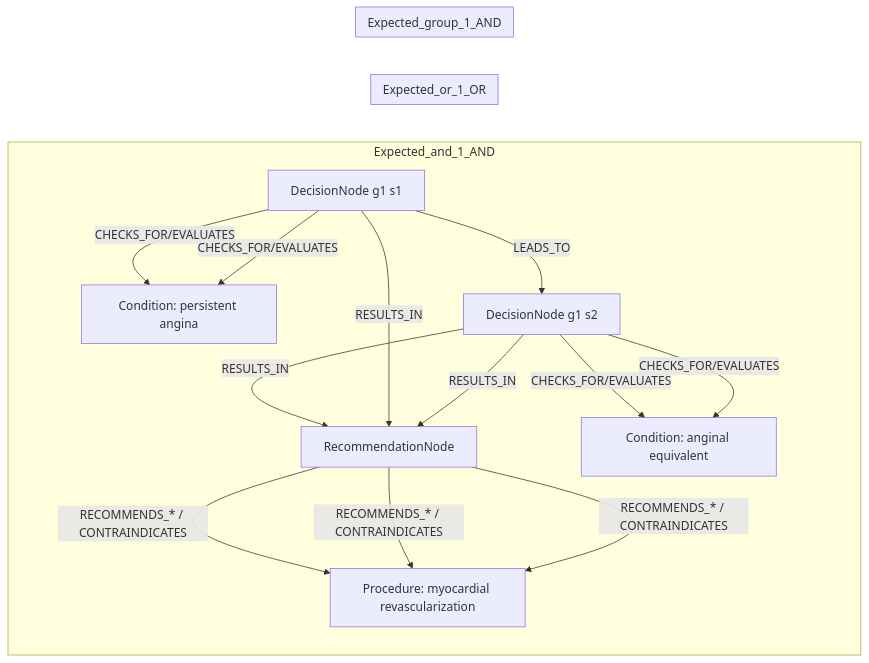
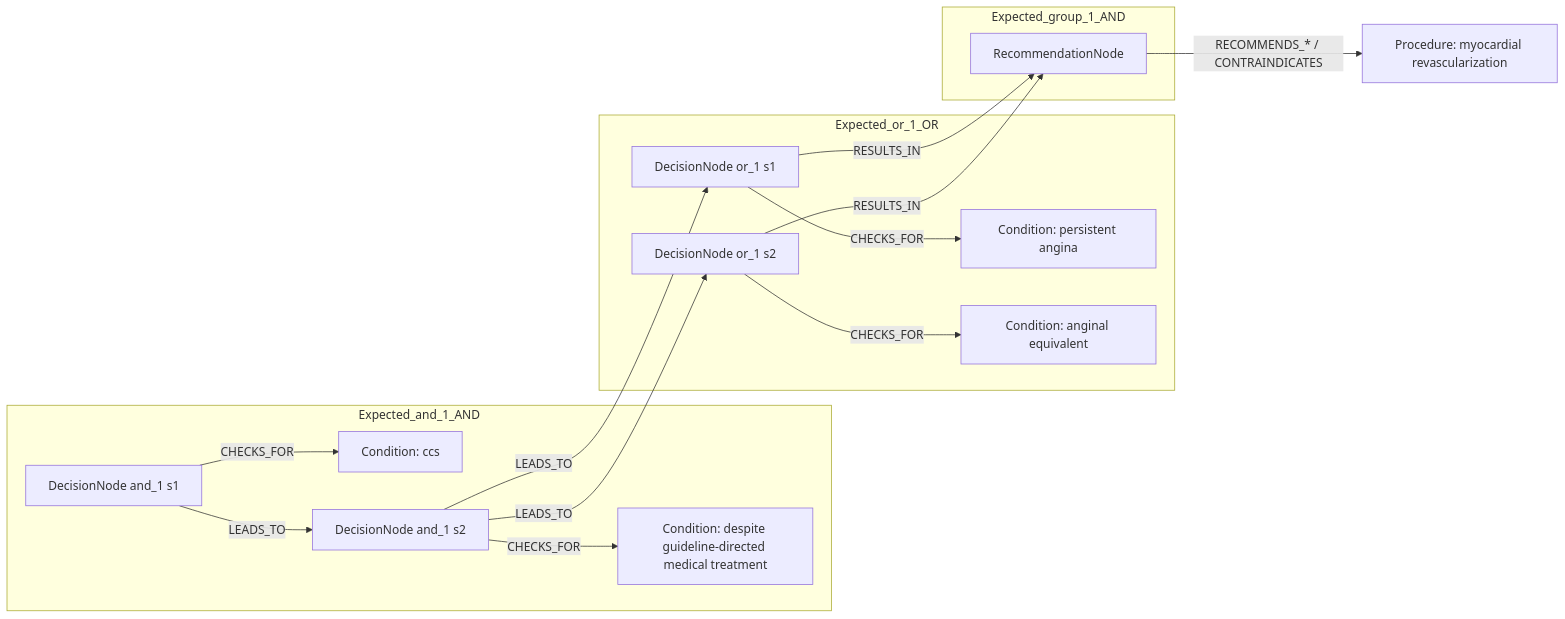
One commit to dieterich-lab/CardioGuidelinesGraph changed the first of 2 diagrams in docs/table22_rows/row_12.md. Above: the diagram before and after it, drawn with Mermaid. The commit also changed other lines of this file and 18 other files, not shown here.

Commit message:
Update mermaid diagrams.

````diff
--- a/docs/table22_rows/row_12.md
+++ b/docs/table22_rows/row_12.md
@@ -164,35 +164,30 @@
 ```mermaid
 graph LR
+  REC[RecommendationNode]
+  ACT1[Procedure: myocardial revascularization]
+  REC -->|RECOMMENDS_* / CONTRAINDICATES| ACT1
   subgraph Expected_and_1_AND
-    REC[RecommendationNode]
-    D1[DecisionNode g1 s1]
-    C1[Condition: ccs]
-    D1 -->|CHECKS_FOR/EVALUATES| C1
-    D2[DecisionNode g1 s2]
-    C2[Condition: despite guideline-directed medical treatment]
-    D2 -->|CHECKS_FOR/EVALUATES| C2
-    D1 -->|LEADS_TO| D2
-    D2 -->|RESULTS_IN| REC
-    ACT1[Procedure: myocardial revascularization]
-    REC -->|RECOMMENDS_* / CONTRAINDICATES| ACT1
+    D_and_1_1[DecisionNode and_1 s1]
+    C_and_1_1[Condition: ccs]
+    D_and_1_1 -->|CHECKS_FOR| C_and_1_1
+    D_and_1_2[DecisionNode and_1 s2]
+    C_and_1_2[Condition: despite guideline-directed medical treatment]
+    D_and_1_2 -->|CHECKS_FOR| C_and_1_2
+    D_and_1_1 -->|LEADS_TO| D_and_1_2
   end
   subgraph Expected_or_1_OR
-    REC[RecommendationNode]
-    D1[DecisionNode g1 s1]
-    C1[Condition: persistent angina]
-    D1 -->|CHECKS_FOR/EVALUATES| C1
-    D2[DecisionNode g1 s2]
-    C2[Condition: anginal equivalent]
-    D2 -->|CHECKS_FOR/EVALUATES| C2
-    D1 -->|RESULTS_IN| REC
-    D2 -->|RESULTS_IN| REC
-    ACT1[Procedure: myocardial revascularization]
-    REC -->|RECOMMENDS_* / CONTRAINDICATES| ACT1
+    D_or_1_1[DecisionNode or_1 s1]
+    C_or_1_1[Condition: persistent angina]
+    D_or_1_1 -->|CHECKS_FOR| C_or_1_1
+    D_or_1_2[DecisionNode or_1 s2]
+    C_or_1_2[Condition: anginal equivalent]
+    D_or_1_2 -->|CHECKS_FOR| C_or_1_2
+    D_and_1_2 -->|LEADS_TO| D_or_1_1
+    D_and_1_2 -->|LEADS_TO| D_or_1_2
   end
   subgraph Expected_group_1_AND
-    REC[RecommendationNode]
     REC
-    ACT1[Procedure: myocardial revascularization]
-    REC -->|RECOMMENDS_* / CONTRAINDICATES| ACT1
   end
+  D_or_1_1 -->|RESULTS_IN| REC
+  D_or_1_2 -->|RESULTS_IN| REC
 ```
````
